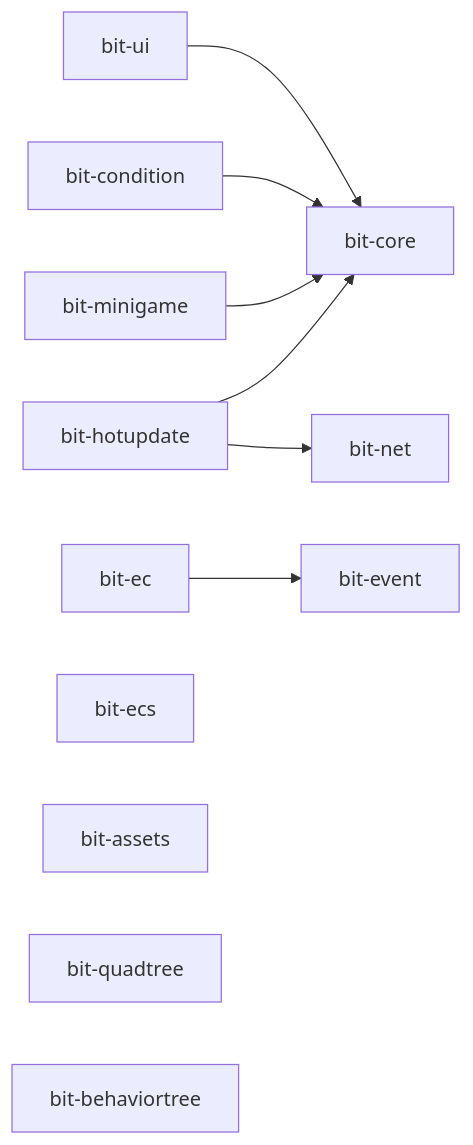
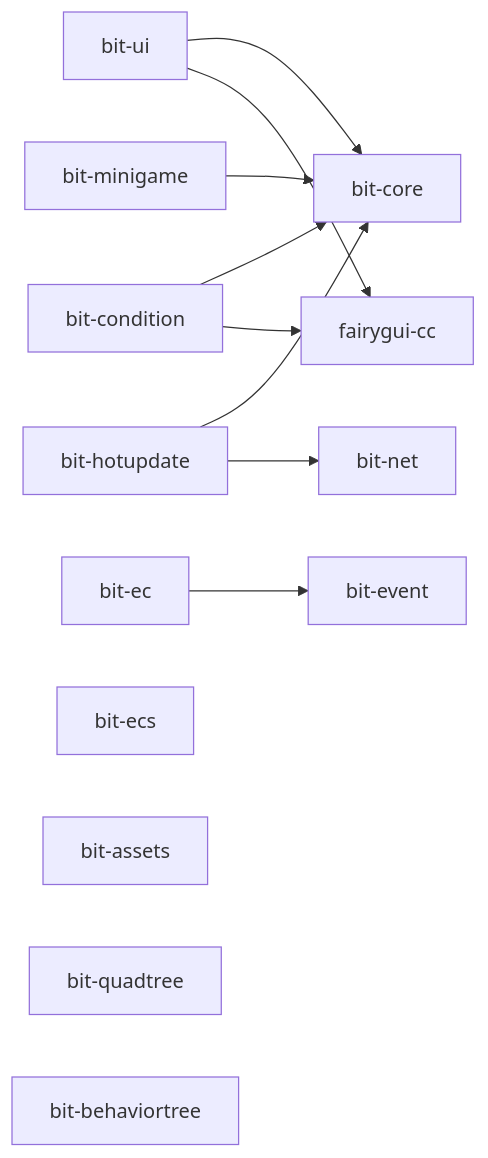
One commit to gongxh0901/bit-framework changed the diagram in docs/ARCHITECTURE.md. Above: the diagram before and after it, drawn with Mermaid. The commit also changed other lines of this file and 31 other files, not shown here.

````diff
--- a/docs/ARCHITECTURE.md
+++ b/docs/ARCHITECTURE.md
@@ -26,14 +26,16 @@
 ```mermaid
 graph LR
     Core[bit-core]
     UI[bit-ui] --> Core
     Condition[bit-condition] --> Core
+    UI --> FairyGUI[fairygui-cc]
+    Condition --> FairyGUI
     MiniGame[bit-minigame] --> Core
     HotUpdate[bit-hotupdate] --> Core
     HotUpdate --> Net[bit-net]
     EC[bit-ec] --> Event[bit-event]
     ECS[bit-ecs]
     Assets[bit-assets]
     QuadTree[bit-quadtree]
     BT[bit-behaviortree]
 ```
````
